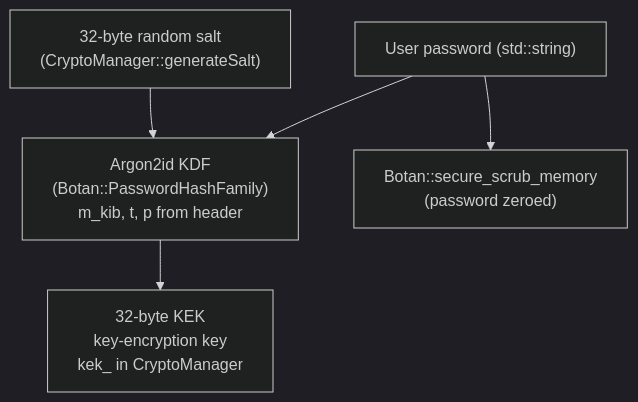
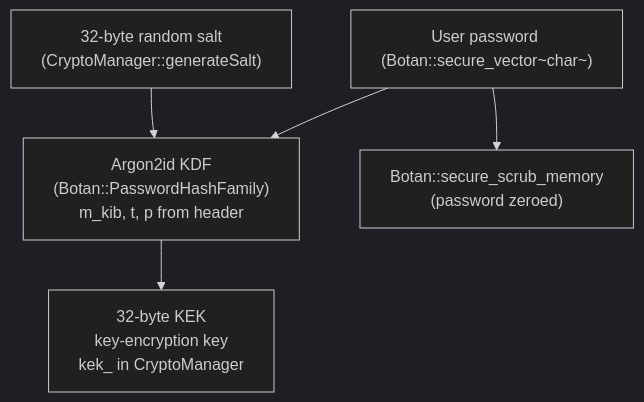
Before and after one commit to TheatreLight/scef: the first of 8 diagrams in docs/data-flows.md, drawn with Mermaid (dark theme). The commit also changed other lines of this file and 57 other files, not shown here.

````diff
--- a/docs/data-flows.md
+++ b/docs/data-flows.md
@@ -5,12 +5,12 @@
 ```mermaid
 flowchart TD
-    PW["User password (std::string)"]
+    PW["User password (Botan::secure_vector~char~)"]
     SALT["32-byte random salt\n(CryptoManager::generateSalt)"]
     ARGON["Argon2id KDF\n(Botan::PasswordHashFamily)\nm_kib, t, p from header"]
     KEK["32-byte KEK\nkey-encryption key\nkek_ in CryptoManager"]
     SCRUB["Botan::secure_scrub_memory\n(password zeroed)"]
     PW --> ARGON
     SALT --> ARGON
     ARGON --> KEK
     PW --> SCRUB
 ```
````
